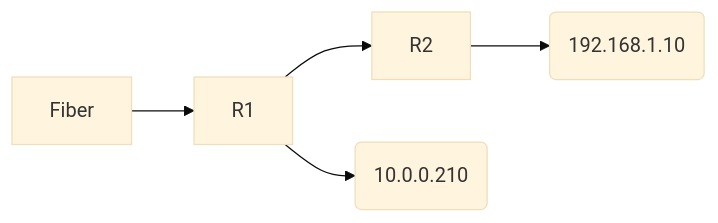
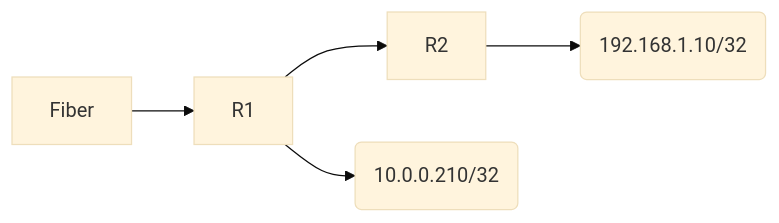
Before and after one commit to notkasim/DOCS: the first of 3 diagrams in Topology.md, drawn with Mermaid (base theme). The commit also changed other lines of this file, not shown here.

````diff
--- a/Topology.md
+++ b/Topology.md
@@ -4,7 +4,7 @@
 ```mermaid
 graph LR;
     Fiber-->R1;
     R1-->R2
-    R1-->Server(10.0.0.210)
-    R2-->pi(192.168.1.10)
+    R1-->Server(10.0.0.210/32)
+    R2-->pi(192.168.1.10/32)
 ```
````
